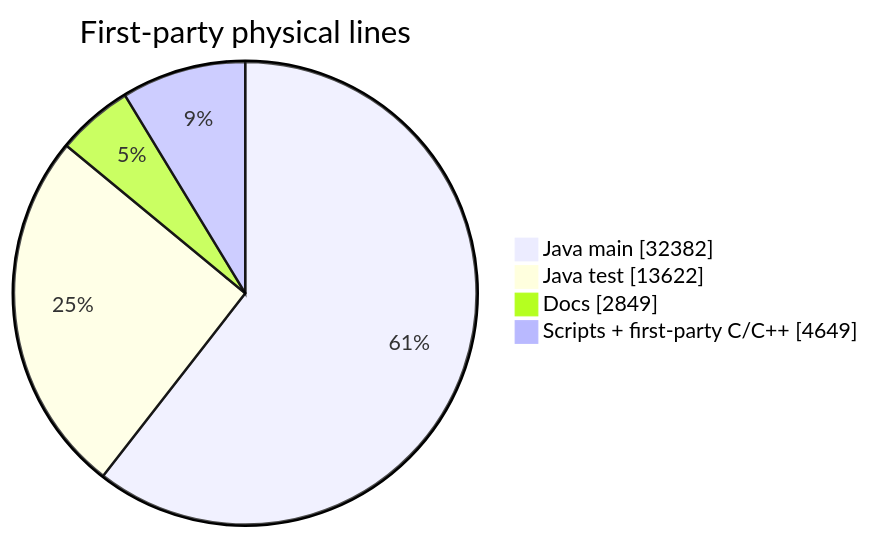
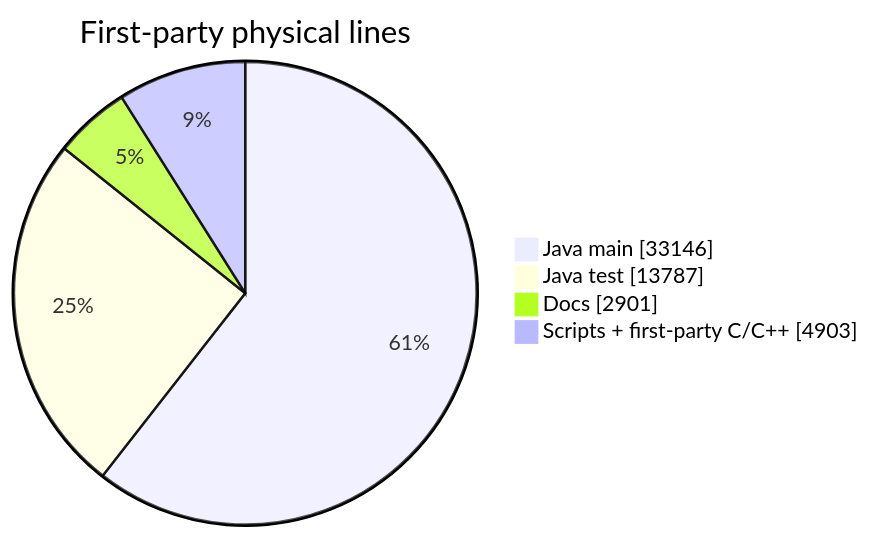
Before and after one commit to chris-piekarski/hot-iron: the first of 2 diagrams in docs/stats.md, drawn with Mermaid. The commit also changed other lines of this file and 34 other files, not shown here.

````diff
--- a/docs/stats.md
+++ b/docs/stats.md
@@ -30,8 +30,8 @@
 ```mermaid
 pie showData
     title First-party physical lines
-    "Java main" : 32382
-    "Java test" : 13622
-    "Docs" : 2849
-    "Scripts + first-party C/C++" : 4649
+    "Java main" : 33146
+    "Java test" : 13787
+    "Docs" : 2901
+    "Scripts + first-party C/C++" : 4903
 ```
````
